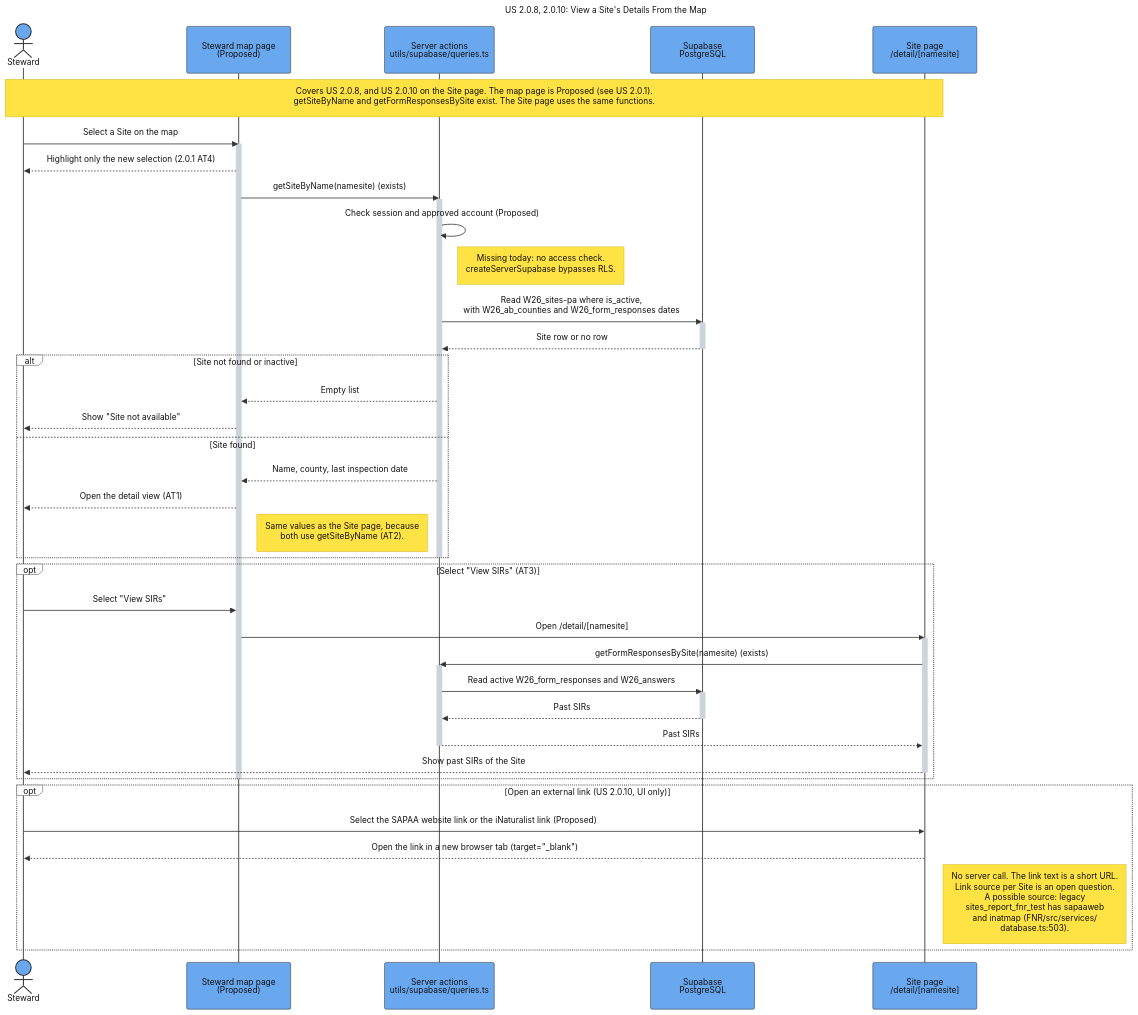
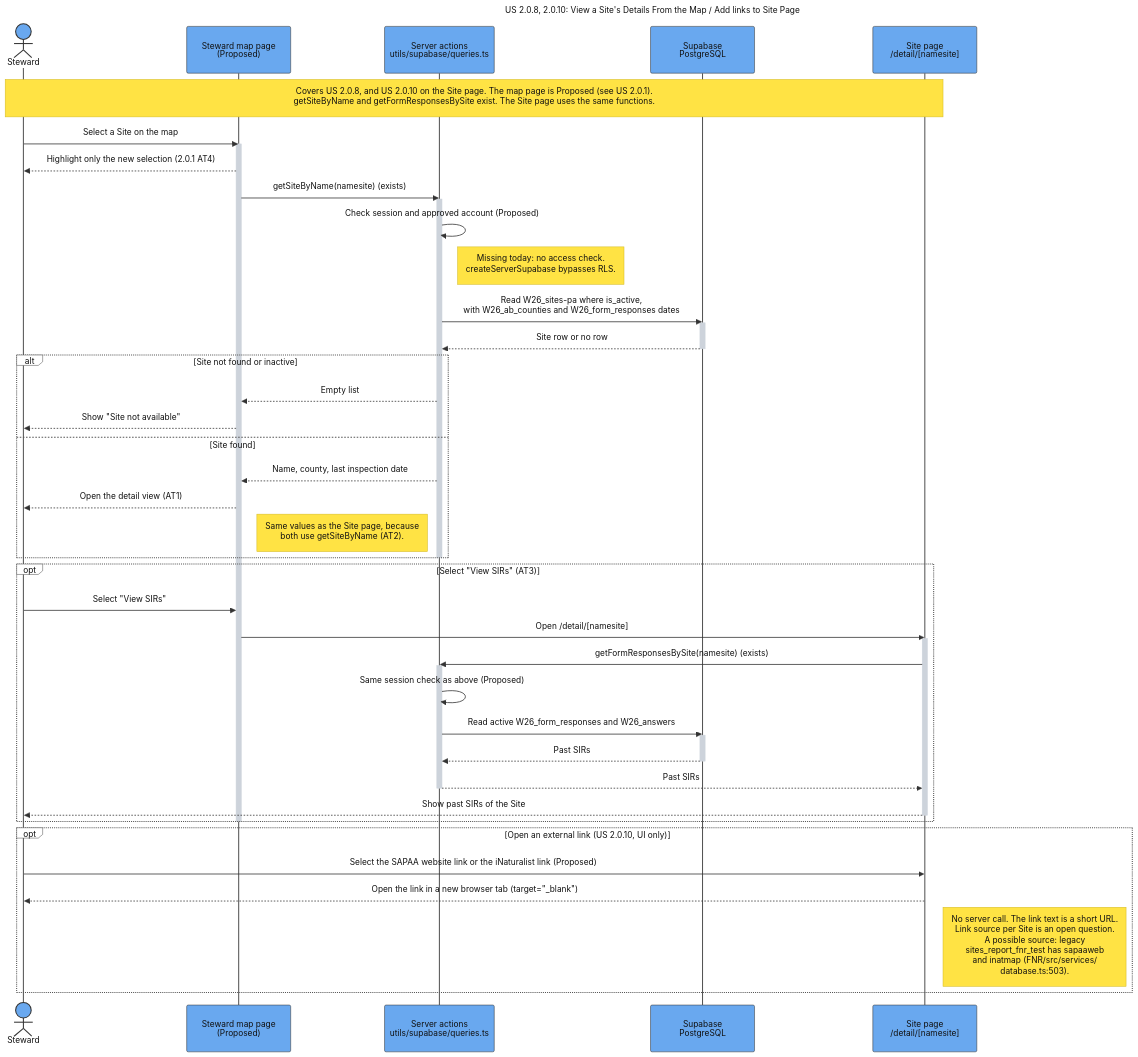
Before and after one commit to SAPAA-Dev/W26Project-SAPAA-Dev-Team: the diagram in docs/assets/Sequence_US_2_0_8_2_0_10_Site_Details_From_Map.mmd, drawn with Mermaid. The commit also changed 91 other files, not shown here.

```diff
--- a/docs/assets/Sequence_US_2_0_8_2_0_10_Site_Details_From_Map.mmd
+++ b/docs/assets/Sequence_US_2_0_8_2_0_10_Site_Details_From_Map.mmd
@@ -1,95 +1,96 @@
 ---
-title: "US 2.0.8, 2.0.10: View a Site's Details From the Map"
+title: "US 2.0.8, 2.0.10: View a Site's Details From the Map / Add links to Site Page"
 config:
   theme: base
   sequence:
     actorMargin: 70
     boxMargin: 12
     diagramMarginX: 45
     diagramMarginY: 30
     messageMargin: 38
     noteMargin: 16
     mirrorActors: true
     width: 200
     height: 90
   themeVariables:
     background: "#ffffff"
     primaryColor: "#69a8ef"
     primaryBorderColor: "#333333"
     primaryTextColor: "#111111"
     actorBkg: "#69a8ef"
     actorBorder: "#333333"
     actorTextColor: "#111111"
     actorLineColor: "#555555"
     signalColor: "#333333"
     signalTextColor: "#111111"
     activationBkgColor: "#cdd3db"
     activationBorderColor: "#cdd3db"
     noteBkgColor: "#ffe344"
     noteBorderColor: "#d4ba24"
     noteTextColor: "#111111"
     labelBoxBkgColor: "#ffffff"
     labelBoxBorderColor: "#555555"
     labelTextColor: "#111111"
     loopTextColor: "#111111"
     altBackground: "#ffffff"
   themeCSS: |
     .actor-line {
       stroke-dasharray: 10 10 !important;
       stroke-width: 1.25px !important;
     }
 ---
 sequenceDiagram
     autonumber off
     actor Steward
     participant Map as Steward map page<br/>(Proposed)
     participant Actions as Server actions<br/>utils/supabase/queries.ts
     participant DB as Supabase<br/>PostgreSQL
     participant Site as Site page<br/>/detail/[namesite]
 
     Note over Steward,Site: Covers US 2.0.8, and US 2.0.10 on the Site page. The map page is Proposed (see US 2.0.1).<br/>getSiteByName and getFormResponsesBySite exist. The Site page uses the same functions.
 
     Steward->>Map: Select a Site on the map
     activate Map
     Map-->>Steward: Highlight only the new selection (2.0.1 AT4)
     Map->>Actions: getSiteByName(namesite) (exists)
     activate Actions
     Actions->>Actions: Check session and approved account (Proposed)
     Note right of Actions: Missing today: no access check.<br/>createServerSupabase bypasses RLS.
     Actions->>DB: Read W26_sites-pa where is_active,<br/>with W26_ab_counties and W26_form_responses dates
     activate DB
     DB-->>Actions: Site row or no row
     deactivate DB
 
     alt Site not found or inactive
         Actions-->>Map: Empty list
         Map-->>Steward: Show "Site not available"
     else Site found
         Actions-->>Map: Name, county, last inspection date
         Map-->>Steward: Open the detail view (AT1)
         Note right of Map: Same values as the Site page, because<br/>both use getSiteByName (AT2).
     end
     deactivate Actions
 
     opt Select "View SIRs" (AT3)
         Steward->>Map: Select "View SIRs"
         Map->>Site: Open /detail/[namesite]
         activate Site
         Site->>Actions: getFormResponsesBySite(namesite) (exists)
         activate Actions
+        Actions->>Actions: Same session check as above (Proposed)
         Actions->>DB: Read active W26_form_responses and W26_answers
         activate DB
         DB-->>Actions: Past SIRs
         deactivate DB
         Actions-->>Site: Past SIRs
         deactivate Actions
         Site-->>Steward: Show past SIRs of the Site
         deactivate Site
     end
     deactivate Map
 
     opt Open an external link (US 2.0.10, UI only)
         Steward->>Site: Select the SAPAA website link or the iNaturalist link (Proposed)
         Site-->>Steward: Open the link in a new browser tab (target="_blank")
         Note right of Site: No server call. The link text is a short URL.<br/>Link source per Site is an open question.<br/>A possible source: legacy<br/>sites_report_fnr_test has sapaaweb<br/>and inatmap (FNR/src/services/<br/>database.ts:503).
     end
```
